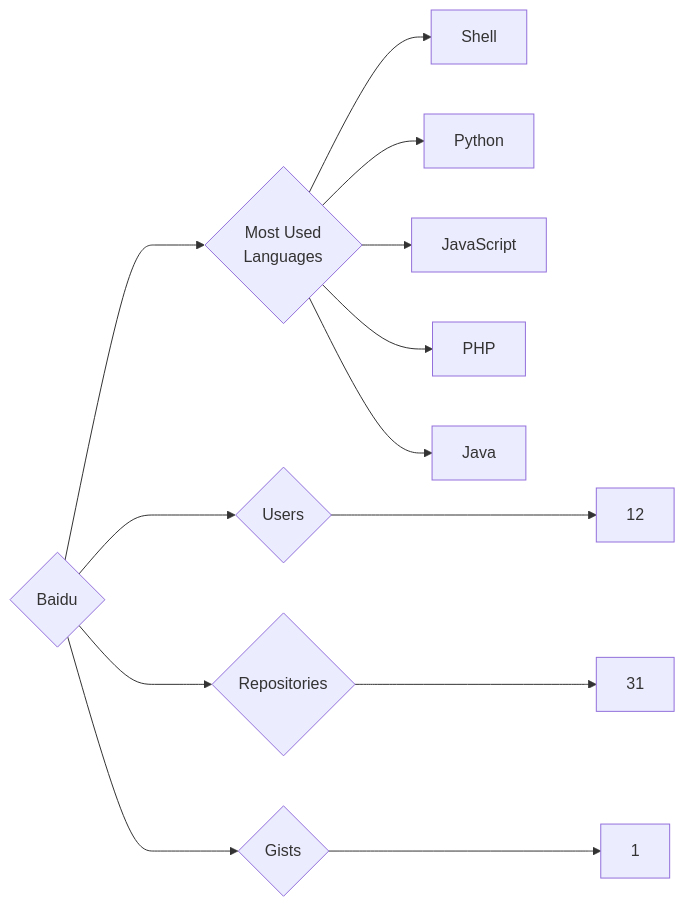
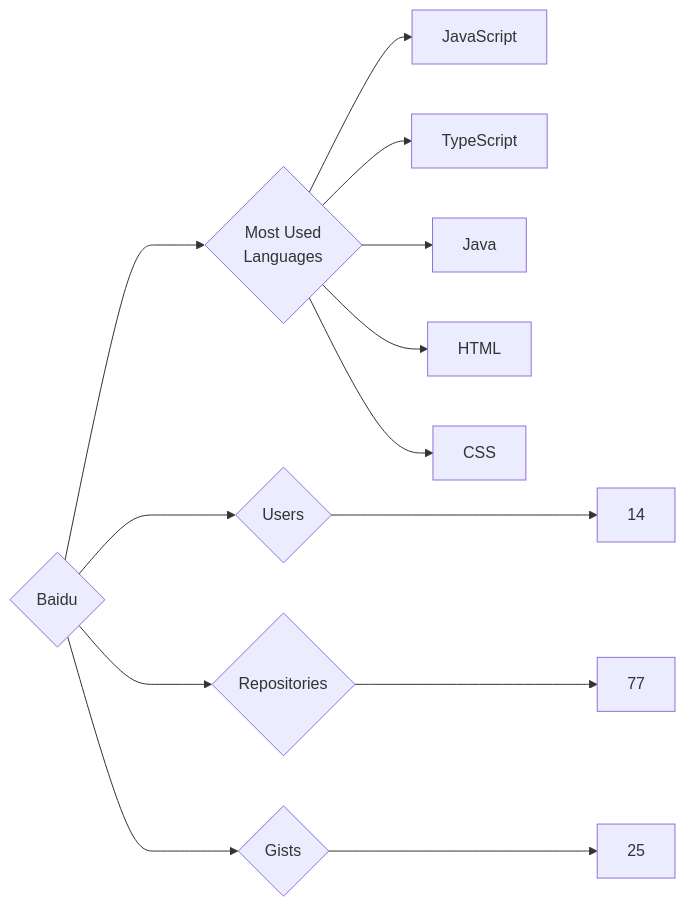
The diagram in targets/Baidu/README.md (trickest/insiders), drawn with Mermaid before and after one commit. The commit also changed 1084 other files, not shown here.

````diff
--- a/targets/Baidu/README.md
+++ b/targets/Baidu/README.md
@@ -3,13 +3,13 @@
 ```mermaid
 graph LR
 COMPANY_NAME{Baidu}
-COMPANY_NAME ---> U{Users} ---> UN[12]
-COMPANY_NAME ---> R{Repositories} ---> RN[31]
-COMPANY_NAME ---> G{Gists} ---> GN[1]
+COMPANY_NAME ---> U{Users} ---> UN[14]
+COMPANY_NAME ---> R{Repositories} ---> RN[77]
+COMPANY_NAME ---> G{Gists} ---> GN[25]
 COMPANY_NAME ---> ML{Most Used<br>Languages}
-ML --> Shell[Shell]
-ML --> Python[Python]
 ML --> JavaScript[JavaScript]
-ML --> PHP[PHP]
+ML --> TypeScript[TypeScript]
 ML --> Java[Java]
+ML --> HTML[HTML]
+ML --> CSS[CSS]
 ```
````
